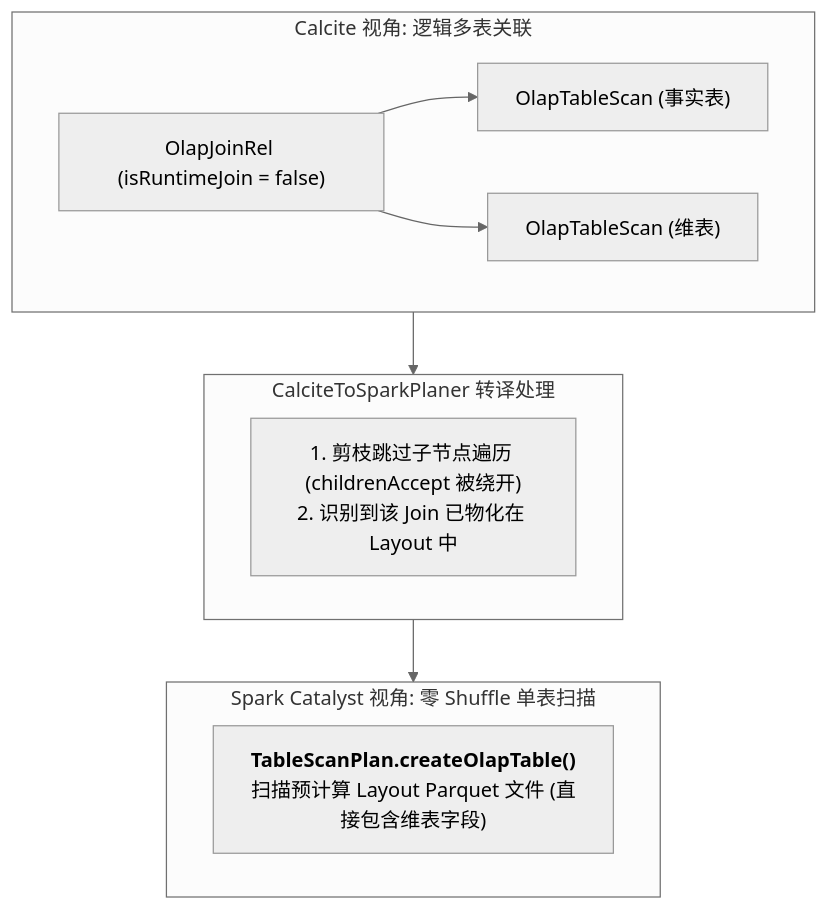
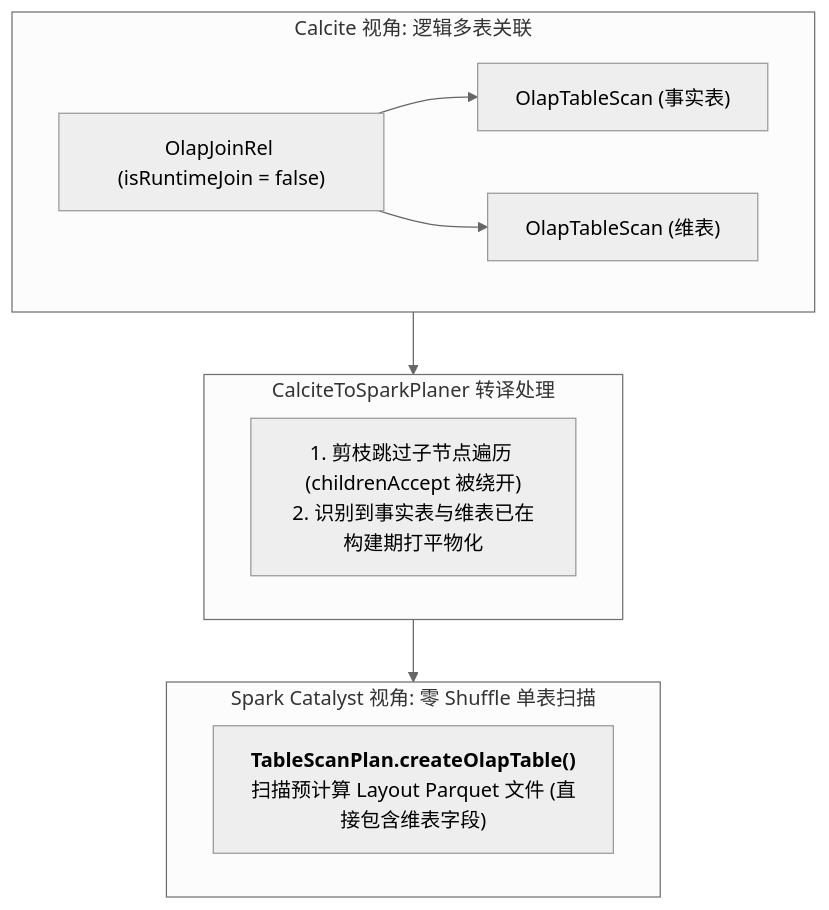
One commit to Mrhs121/mrhs121.github.io changed the second of 3 diagrams in posts/2026-08-18-kylin-query-engine-04-calcite-to-spark-planer.md. Above: the diagram before and after it, drawn with Mermaid (neutral theme). The commit also changed other lines of this file and 6 other files, not shown here.

````diff
--- a/posts/2026-08-18-kylin-query-engine-04-calcite-to-spark-planer.md
+++ b/posts/2026-08-18-kylin-query-engine-04-calcite-to-spark-planer.md
@@ -131,21 +117,21 @@
 ```mermaid
 flowchart TD
     subgraph CalciteTree ["Calcite 视角: 逻辑多表关联"]
         JoinNode["OlapJoinRel (isRuntimeJoin = false)"]
         FactScan["OlapTableScan (事实表)"]
         DimScan["OlapTableScan (维表)"]
         JoinNode --> FactScan
         JoinNode --> DimScan
     end
 
     subgraph Optimization ["CalciteToSparkPlaner 转译处理"]
-        Skip["1. 剪枝跳过子节点遍历 (childrenAccept 被绕开)<br/>2. 识别到该 Join 已物化在 Layout 中"]
+        Skip["1. 剪枝跳过子节点遍历 (childrenAccept 被绕开)<br/>2. 识别到事实表与维表已在构建期打平物化"]
     end
 
     subgraph SparkPlan ["Spark Catalyst 视角: 零 Shuffle 单表扫描"]
         SingleScan["<b>TableScanPlan.createOlapTable()</b><br/>扫描预计算 Layout Parquet 文件 (直接包含维表字段)"]
     end
 
     CalciteTree --> Optimization
     Optimization --> SparkPlan
 ```
````
